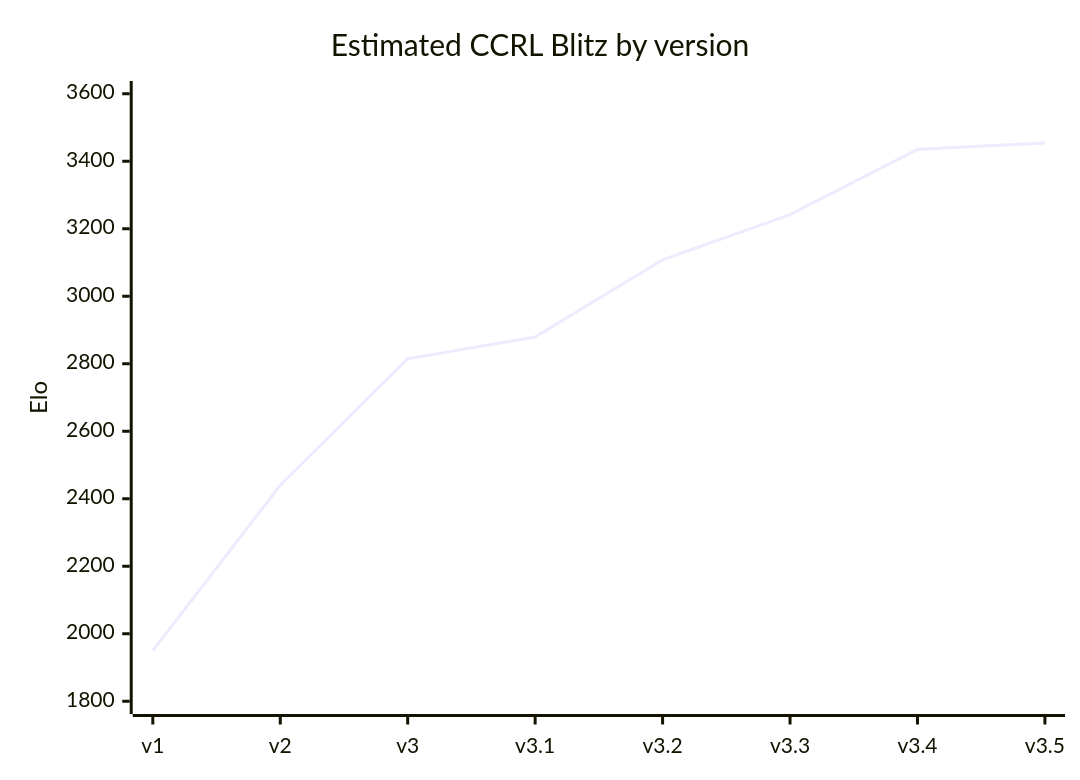
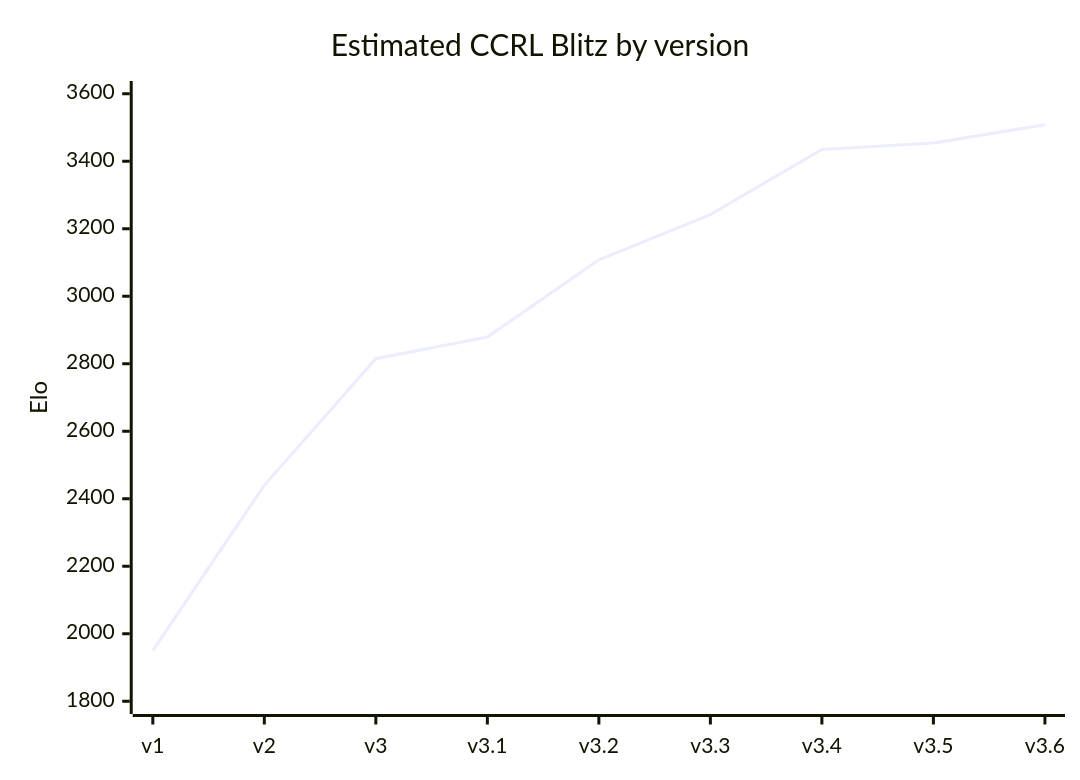
Before and after one commit to ComputecOrg/caipora: the first of 2 diagrams in README.md, drawn with Mermaid. The commit also changed other lines of this file and 1 other file, not shown here.

````diff
--- a/README.md
+++ b/README.md
@@ -45,7 +45,7 @@
 ```mermaid
 xychart-beta
     title "Estimated CCRL Blitz by version"
-    x-axis ["v1", "v2", "v3", "v3.1", "v3.2", "v3.3", "v3.4", "v3.5"]
+    x-axis ["v1", "v2", "v3", "v3.1", "v3.2", "v3.3", "v3.4", "v3.5", "v3.6"]
     y-axis "Elo" 1800 --> 3600
-    line [1950, 2440, 2815, 2879, 3108, 3242, 3435, 3454]
+    line [1950, 2440, 2815, 2879, 3108, 3242, 3435, 3454, 3508]
 ```
````
